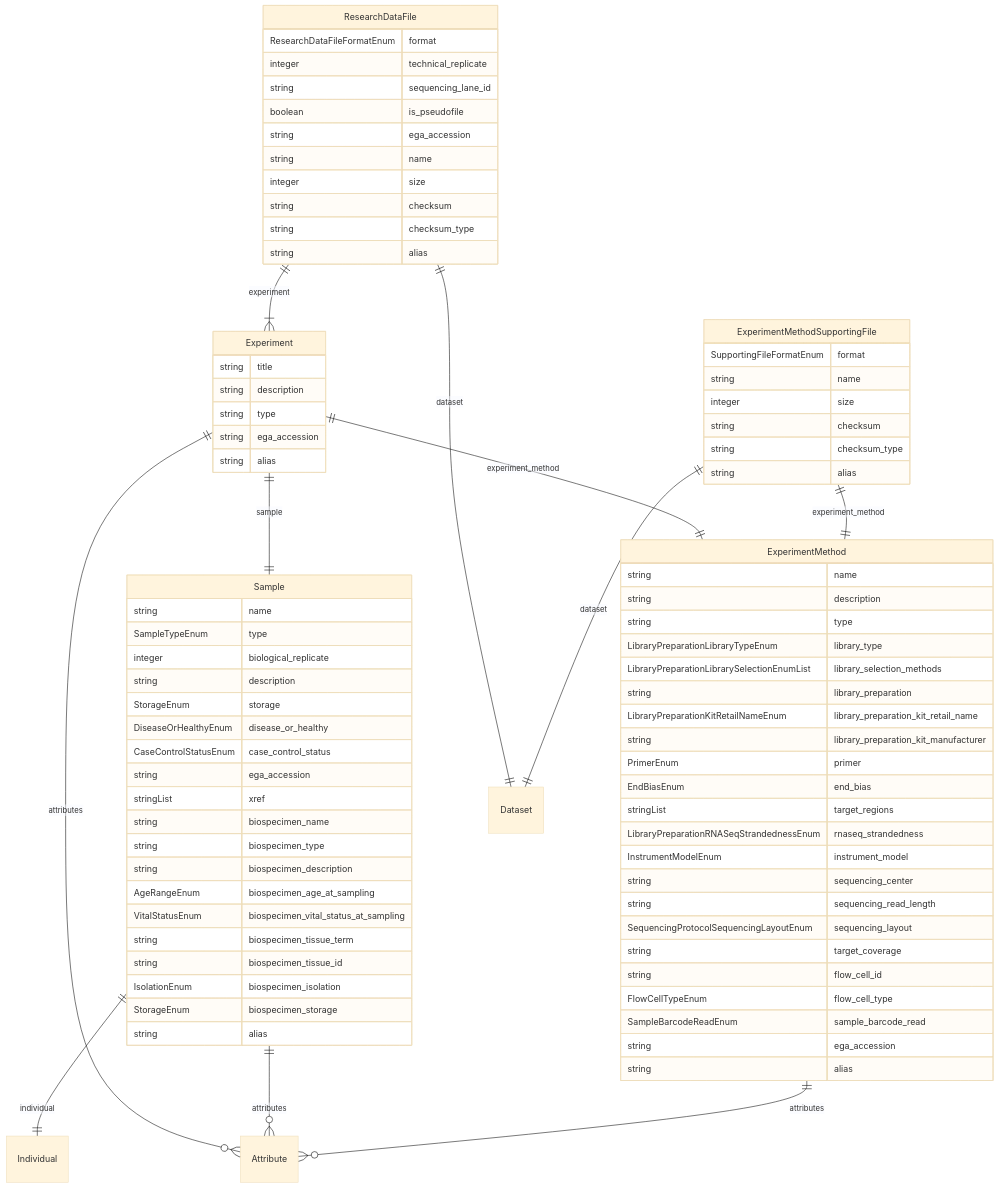
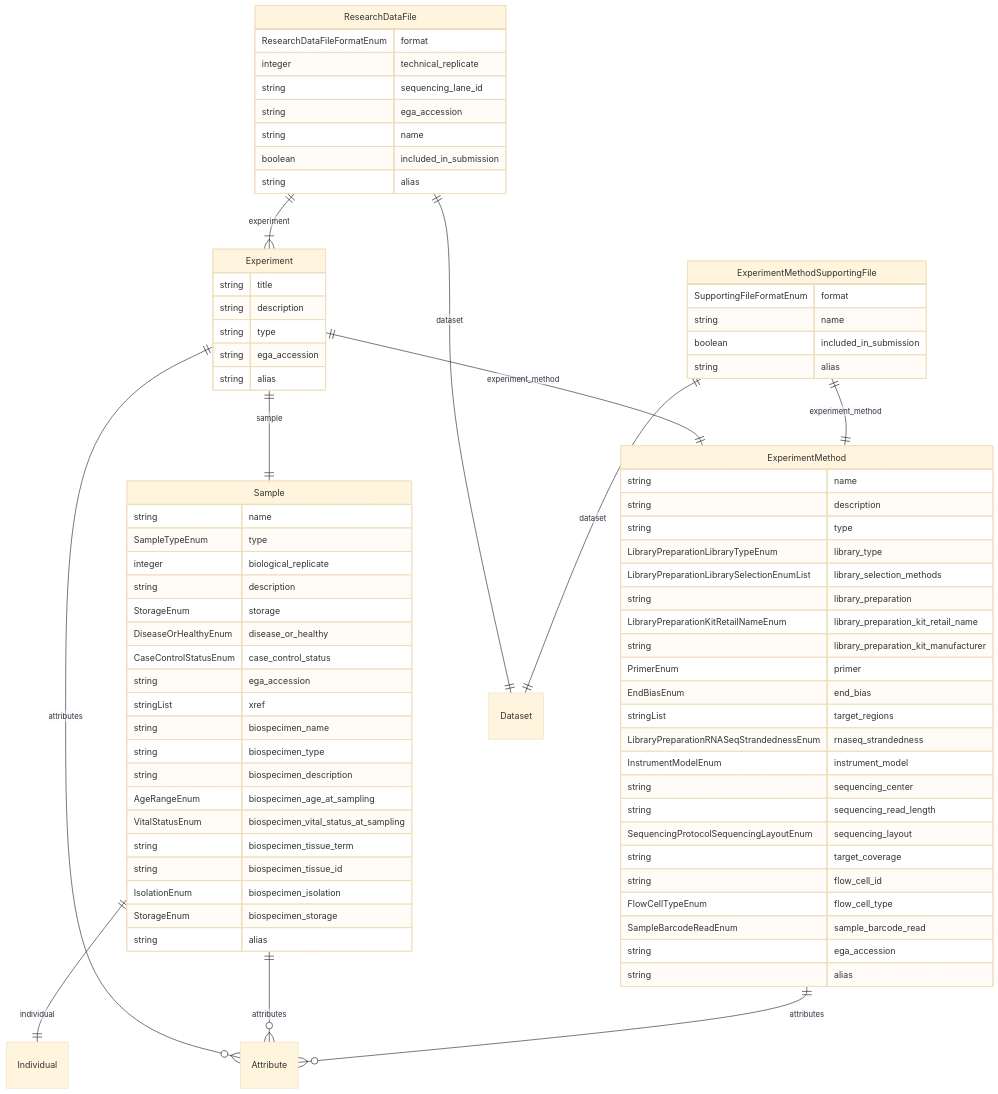
The fifth of 5 diagrams in docs/entity_relations.md (ghga-de/ghga-metadata-schema), drawn with Mermaid (base theme) before and after one commit. The commit also changed other lines of this file and 46 other files, not shown here.

```diff
--- a/docs/entity_relations.md
+++ b/docs/entity_relations.md
@@ -218,9 +220,7 @@
 ExperimentMethodSupportingFile {
     SupportingFileFormatEnum format  
     string name  
-    integer size  
-    string checksum  
-    string checksum_type  
+    boolean included_in_submission  
     string alias  
 }
 ExperimentMethod {
@@ -251,12 +251,9 @@
     ResearchDataFileFormatEnum format  
     integer technical_replicate  
     string sequencing_lane_id  
-    boolean is_pseudofile  
     string ega_accession  
     string name  
-    integer size  
-    string checksum  
-    string checksum_type  
+    boolean included_in_submission  
     string alias  
 }
 Sample {
```
